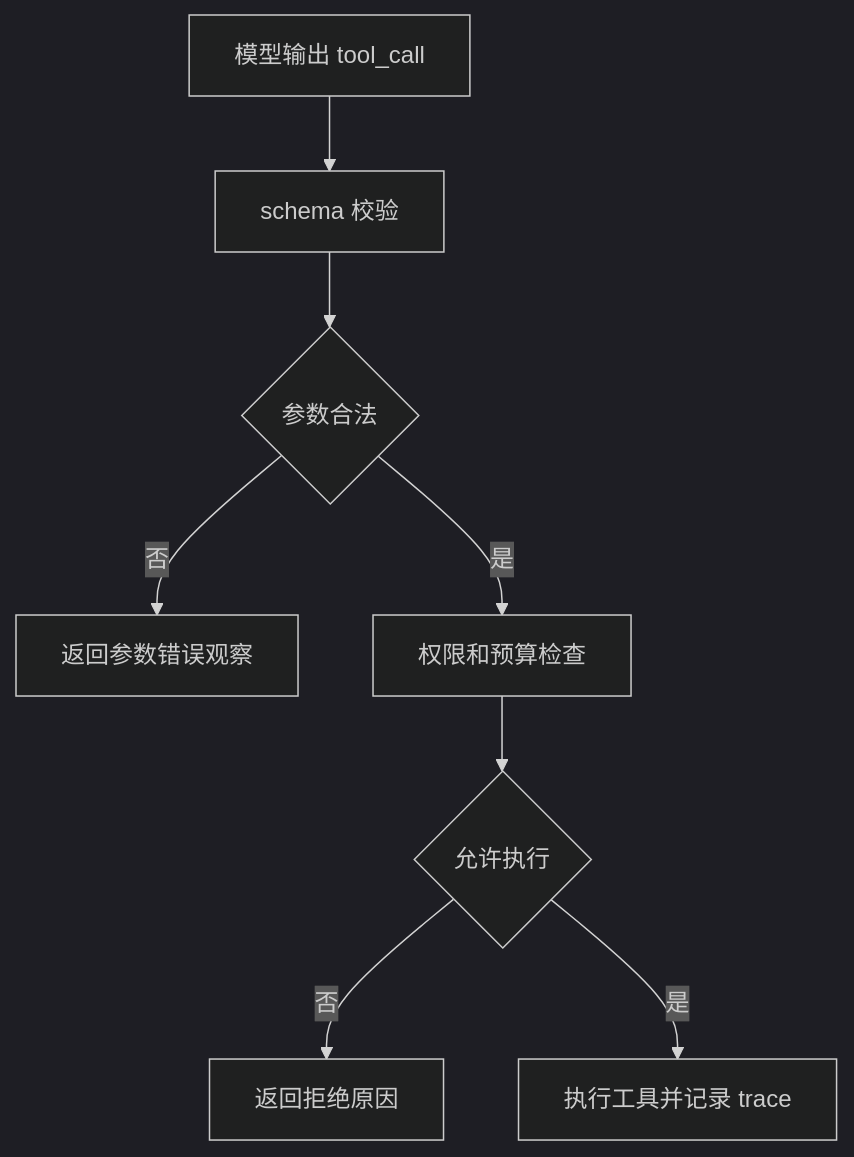
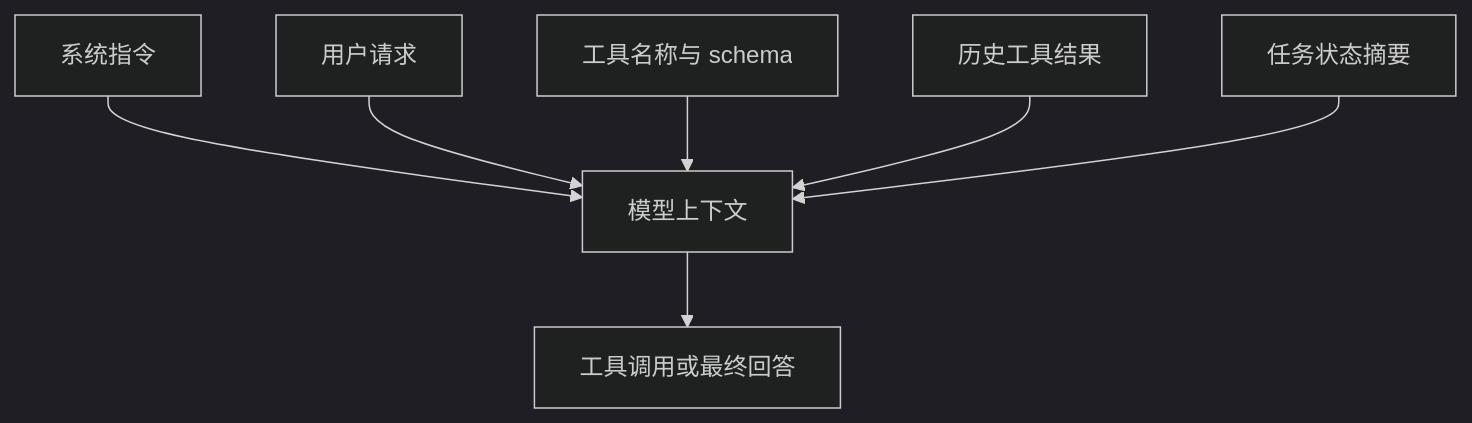
Before and after one commit to Doge2077/liyyro: the diagram in docs/AI/Agent/Agent工具调用/模型如何学会调用工具.md, drawn with Mermaid (dark theme). The commit also changed other lines of this file and 27 other files, not shown here.

````diff
--- a/docs/AI/Agent/Agent工具调用/模型如何学会调用工具.md
+++ b/docs/AI/Agent/Agent工具调用/模型如何学会调用工具.md
@@ -31,10 +31,9 @@
 ```mermaid
 flowchart TD
-  A["模型输出 tool_call"] --> B["schema 校验"]
-  B --> C{"参数合法"}
-  C -->|"否"| D["返回参数错误观察"]
-  C -->|"是"| E["权限和预算检查"]
-  E --> F{"允许执行"}
-  F -->|"否"| G["返回拒绝原因"]
-  F -->|"是"| H["执行工具并记录 trace"]
+  A["系统指令"] --> M["模型上下文"]
+  B["用户请求"] --> M
+  C["工具名称与 schema"] --> M
+  D["历史工具结果"] --> M
+  E["任务状态摘要"] --> M
+  M --> O["工具调用或最终回答"]
 ```
````
